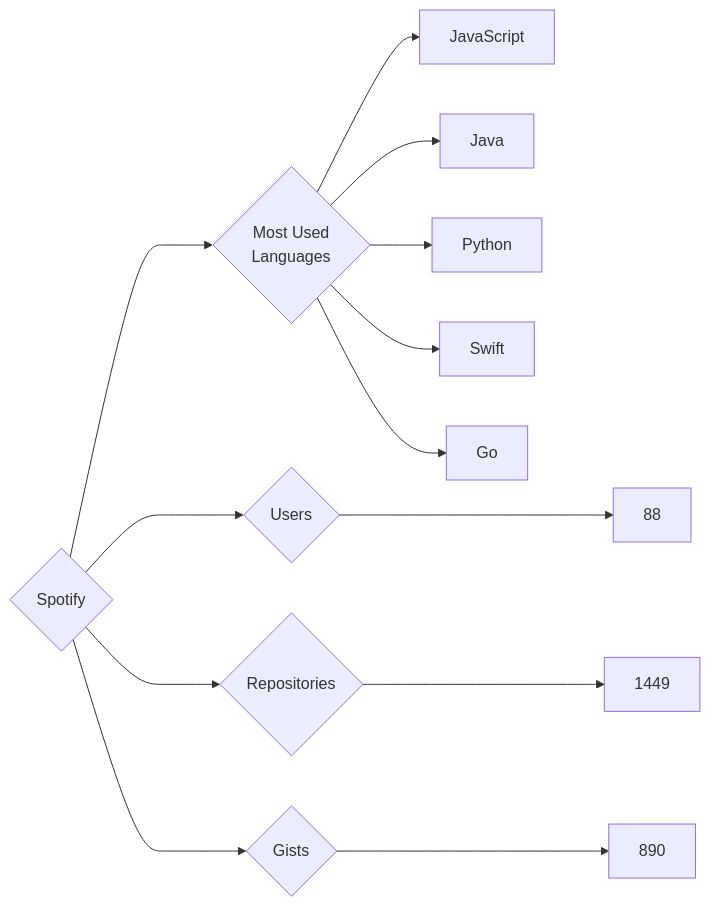
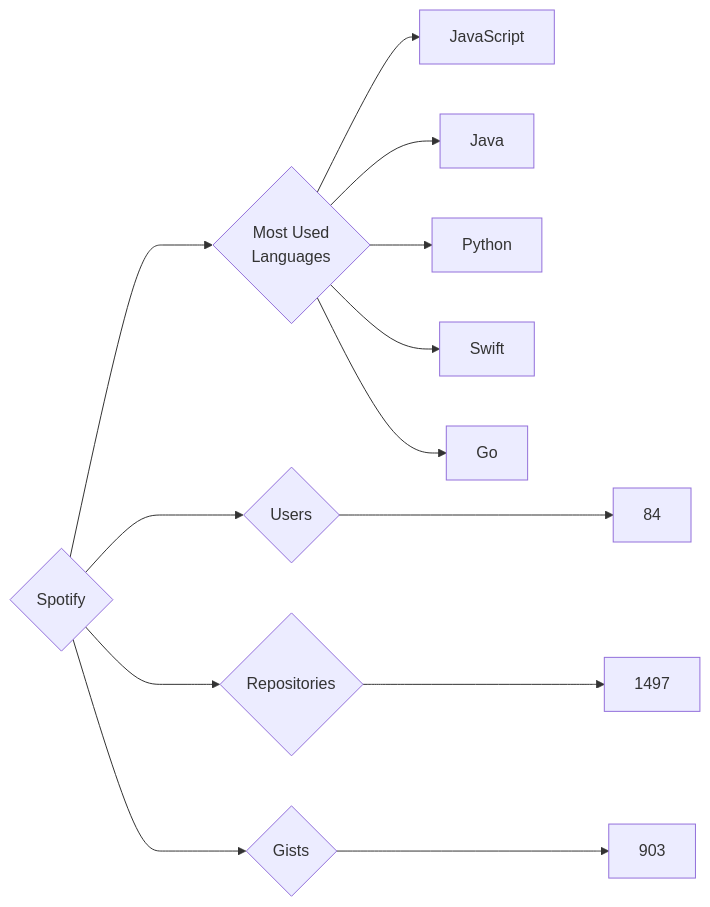
The diagram in targets/Spotify/README.md (trickest/insiders), drawn with Mermaid before and after one commit. The commit also changed 1011 other files, not shown here.

````diff
--- a/targets/Spotify/README.md
+++ b/targets/Spotify/README.md
@@ -3,13 +3,13 @@
 ```mermaid
 graph LR
 COMPANY_NAME{Spotify}
-COMPANY_NAME ---> U{Users} ---> UN[88]
-COMPANY_NAME ---> R{Repositories} ---> RN[1449]
-COMPANY_NAME ---> G{Gists} ---> GN[890]
+COMPANY_NAME ---> U{Users} ---> UN[84]
+COMPANY_NAME ---> R{Repositories} ---> RN[1497]
+COMPANY_NAME ---> G{Gists} ---> GN[903]
 COMPANY_NAME ---> ML{Most Used<br>Languages}
 ML --> JavaScript[JavaScript]
 ML --> Java[Java]
 ML --> Python[Python]
 ML --> Swift[Swift]
 ML --> Go[Go]
 ```
````
